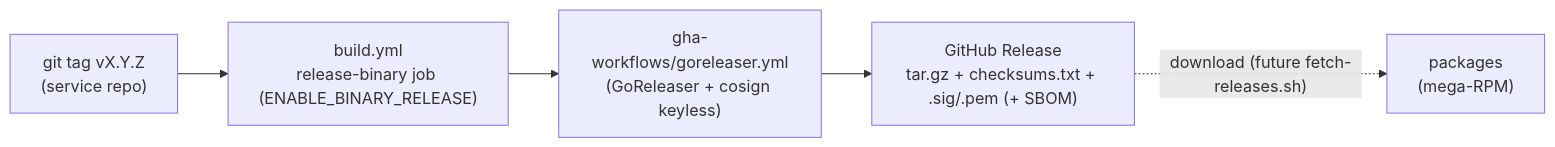
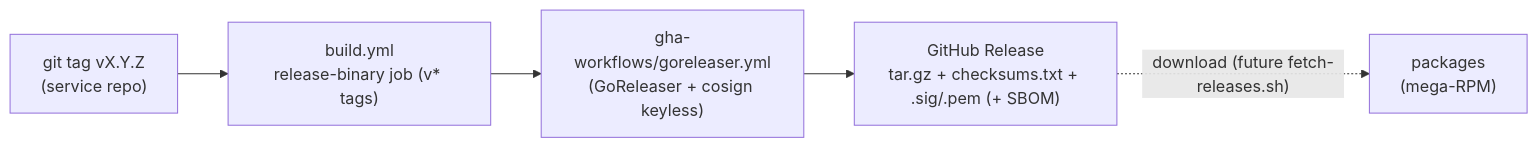
Before and after one commit to duynhlab/homelab: the ninth of 13 diagrams in docs/platform/cicd.md, drawn with Mermaid. The commit also changed other lines of this file and 2 other files, not shown here.

First line of the commit message:
docs(ci): drop ENABLE_BINARY_RELEASE flag; gate binary release by job presence (#398)

````diff
--- a/docs/platform/cicd.md
+++ b/docs/platform/cicd.md
@@ -416,7 +416,7 @@
 ```mermaid
 flowchart LR
-    TAG["git tag vX.Y.Z<br/>(service repo)"] --> BY["build.yml<br/>release-binary job (ENABLE_BINARY_RELEASE)"]
+    TAG["git tag vX.Y.Z<br/>(service repo)"] --> BY["build.yml<br/>release-binary job (v* tags)"]
     BY --> GR["gha-workflows/goreleaser.yml<br/>(GoReleaser + cosign keyless)"]
     GR --> REL["GitHub Release<br/>tar.gz + checksums.txt + .sig/.pem (+ SBOM)"]
     REL -. "download (future fetch-releases.sh)" .-> PKG["packages<br/>(mega-RPM)"]
 ```
````
